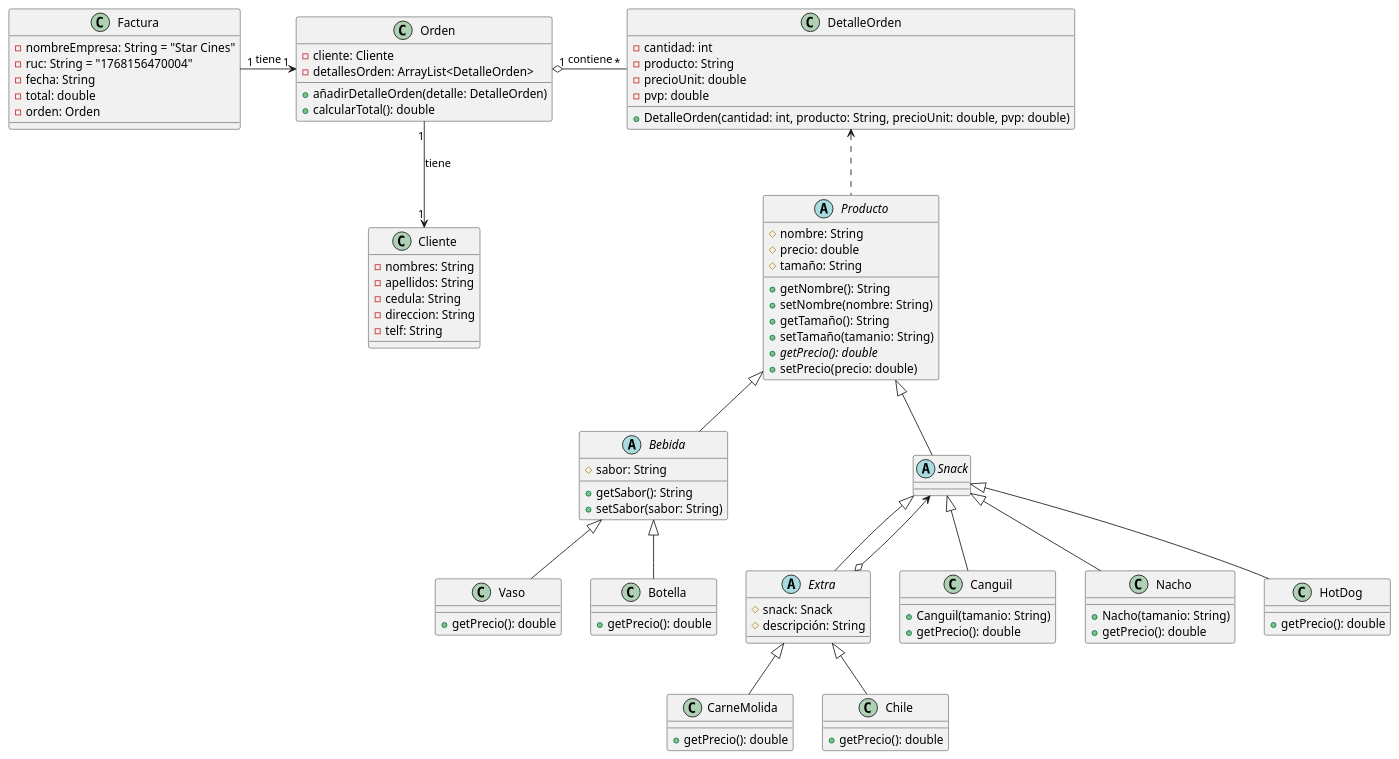
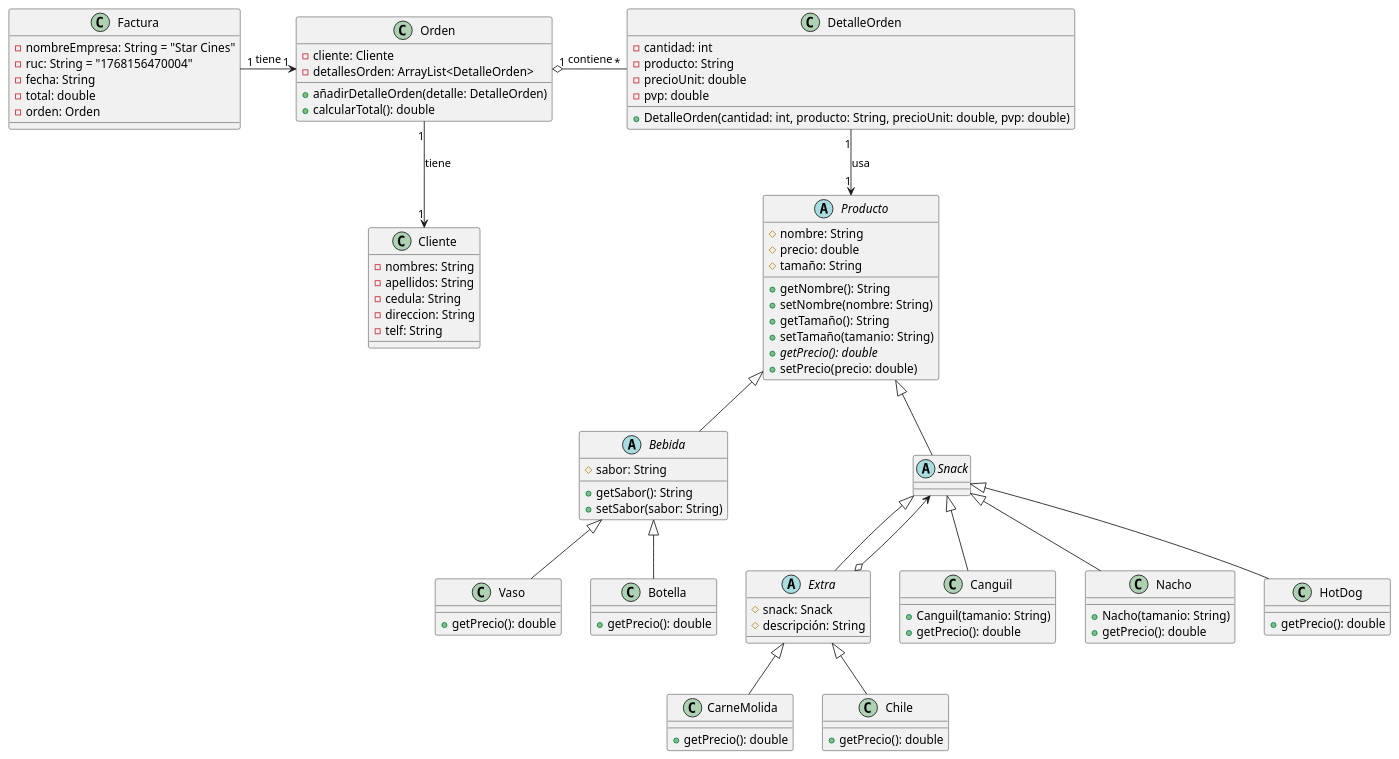
Before and after one commit to CroodcekDeep/Sistema-Cine: the diagram in src/UML/Cinema.puml, drawn with PlantUML.

Commit message:
Update Cinema.uml
Se actualizó el diagrama de clases

```diff
--- a/src/UML/Cinema.puml
+++ b/src/UML/Cinema.puml
@@ -1,158 +1,158 @@
 @startuml
 'https://plantuml.com/class-diagram
 
 class Cliente {
     -nombres: String
     -apellidos: String
     -cedula: String
     -direccion: String
     -telf: String
     '+Cliente(nombres: String, apellidos: String, cedula: String, direccion: String, telefono: String)
     '+getNombres(): String
     '+setNombres(nombres: String)
     '+getApellidos(): String
     '+setApellidos(apellidos: String)
     '+getCédula(): String
     '+setCédula(cedula: String)
     '+getDirección(): String
     '+setDirección(direccion: String)
     '+getTelf(): String
     '+setTelf(telf: String)
     'toString(): String
 }
 
 class Factura{
     -nombreEmpresa: String = "Star Cines"
     -ruc: String = "1768156470004"
     -fecha: String
     -total: double
     -orden: Orden
     '+Factura(orden: Orden)
     '+getFecha(): String
     '+setFecha(fecha: String)
     '+getTotal(): double
     '+setTotal(total: double)
     '+getRuc(): String
     '+setRuc(ruc: String)
     '+getOrden(): Orden
     '+setOrden(orden: Orden)
     '+getNombreEmpresa(): String
     '+setNombreEmpresa(nombreEmpresa: String)
     '+toString(): String
 }
 
 class Orden {
     -cliente: Cliente
     -detallesOrden: ArrayList<DetalleOrden>
     '+Orden(cliente: Cliente)
     '+getDetallesOrden(): ArrayList<DetalleOrden>
     '+setDetallesOrden(detallesOrden: ArrayList<DetalleOrden>)
     '+getCliente(): Cliente
     '+setCliente(cliente: Cliente)
     +añadirDetalleOrden(detalle: DetalleOrden)
     +calcularTotal(): double
     '+toString(): String
 }
 
 class DetalleOrden {
     -cantidad: int
     -producto: String
     -precioUnit: double
     -pvp: double
     +DetalleOrden(cantidad: int, producto: String, precioUnit: double, pvp: double)
     '+toString(): String
 }
 
 ' Comprar Comida
 abstract class Producto{
     #nombre: String
     #precio: double
     #tamaño: String
 
     +getNombre(): String
     +setNombre(nombre: String)
     +getTamaño(): String
     +setTamaño(tamanio: String)
     +getPrecio(): double {abstract}
     +setPrecio(precio: double)
     '+toString(): String
 }
 
 abstract class Bebida{
     #sabor: String
 
     +getSabor(): String
     +setSabor(sabor: String)
 }
 
 abstract class Snack {
 
 }
 
 abstract class Extra{
     #snack: Snack
     #descripción: String
 
     '+toString(): String
 }
 
 class Canguil{
     +Canguil(tamanio: String)
     +getPrecio(): double
 }
 
 class Nacho{
     +Nacho(tamanio: String)
     +getPrecio(): double
 }
 
 class HotDog{
     '+HotDog()
     +getPrecio(): double
 }
 
 class Vaso {
     '+Vaso(tamanio: String, sabor: String)
     +getPrecio(): double
     '+toString(): String
 }
 
 class Botella {
     '+Botella(sabor: String)
     +getPrecio(): double
     '+toString(): String
 }
 
 class CarneMolida {
     '+CarneMolida(snack: Snack)
     +getPrecio(): double
 }
 
 class Chile {
     '+Chile(snack: Snack)
     +getPrecio(): double
 }
 
 ' Patrón de Diseño -> Decorator
 Orden "1" o- "*" DetalleOrden: contiene
 
 Factura "1"->"1" Orden: tiene
 
 Producto <|-- Snack
 Producto <|-- Bebida
 
 Snack <|-- Extra
 Snack <--o Extra
 Snack <|-- Nacho
 Snack <|-- HotDog
 Snack <|-- Canguil
 Extra <|-- CarneMolida
 Extra <|-- Chile
 
 Bebida <|-- Vaso
 Bebida <|-- Botella
 
-DetalleOrden <.. Producto
+DetalleOrden "1" --> "1" Producto: usa
 
 Orden "1"-->"1" Cliente: tiene
 @enduml
```
